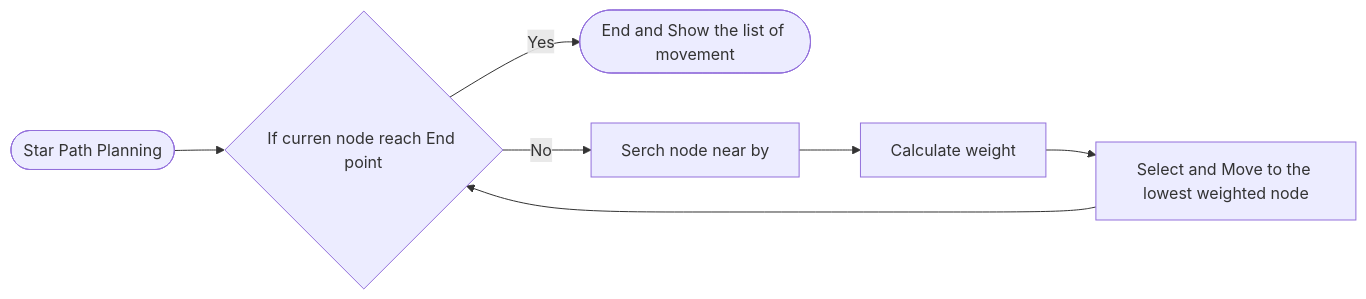
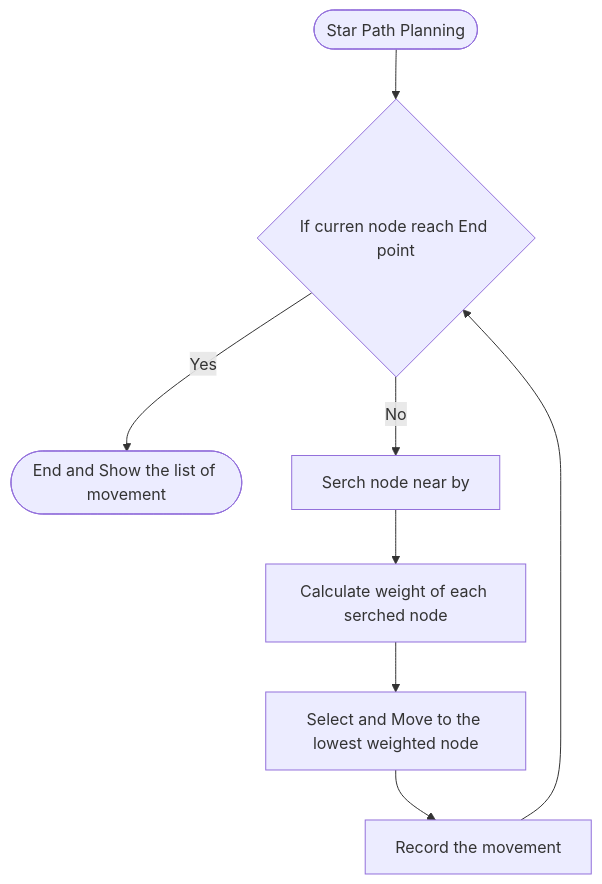
The first of 2 diagrams in README.md (Ken11514/AAE2004_t1_GP8), drawn with Mermaid before and after one commit.

````diff
--- a/README.md
+++ b/README.md
@@ -101,9 +101,10 @@
 ```mermaid
-flowchart LR;
+flowchart TD;
     A([Star Path Planning])-->B{If curren node reach End point};
     B-->|Yes|F([End and Show the list of movement])
     B-->|No|C[Serch node near by]
-    C-->D[Calculate weight]
+    C-->D[Calculate weight of each serched node]
     D-->E[Select and Move to the lowest weighted node]
-    E-->B
+    E-->G[Record the movement]
+    G-->B
 ```
````
